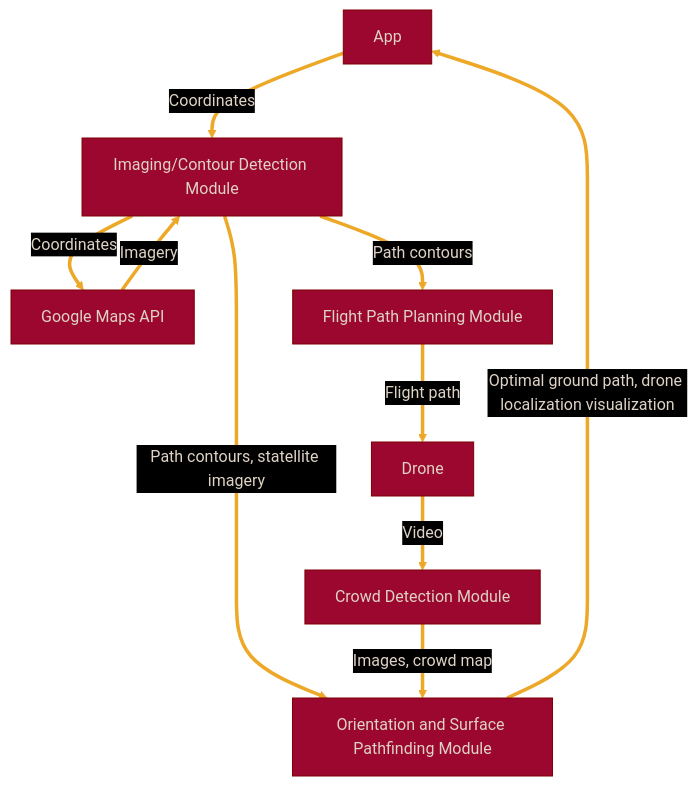
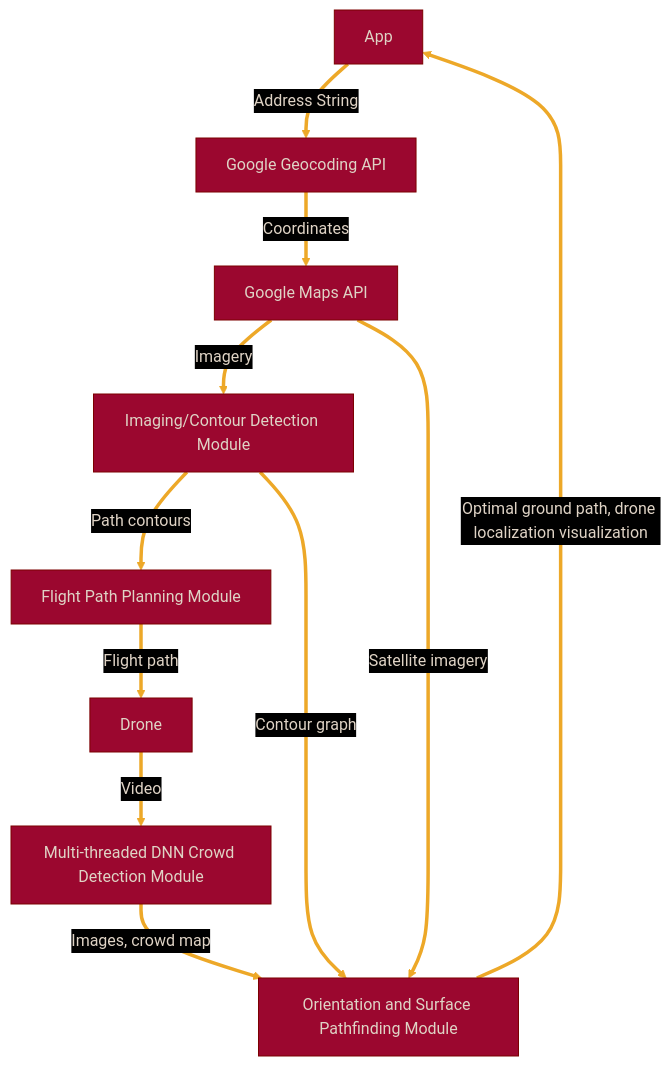
The diagram in README.md (maximuskiii/TartanHacks2024), drawn with Mermaid before and after one commit.

````diff
--- a/README.md
+++ b/README.md
@@ -5,26 +5,27 @@
 ```mermaid
 %%{
     init: {
         'theme': 'base',
         'themeVariables': {
             'primaryColor': '#9b072f',
             'primaryTextColor': '#dfd3c5',
             'primaryBorderColor': '#7C0000',
             'lineColor': '#eda828',
             'secondaryColor': '#000',
             'secondaryBorderColor': '#000',
             'tertiaryColor': '#000'
         }
     }
 }%%
 flowchart TB
-    A[App] ==>|Coordinates| B[Imaging/Contour Detection Module];
-    B ==>|Coordinates| C[Google Maps API];
-    C ==>|Imagery| B
-    B ==>|Path contours| D[Flight Path Planning Module]
-    B ==>|Path contours, statellite imagery| E[Orientation and Surface Pathfinding Module]
+    A[App] ==>|Address String| B[Google Geocoding API]
+    B ==>|Coordinates| C[Google Maps API]
+    C ==>|Imagery| H[Imaging/Contour Detection Module]
+    H ==>|Path contours| D[Flight Path Planning Module]
+    H ==>|Contour graph| E
+    C ==>|Satellite imagery| E[Orientation and Surface Pathfinding Module]
     D ==>|Flight path| F[Drone]
-    F ==>|Video| G[Crowd Detection Module]
+    F ==>|Video| G[Multi-threaded DNN Crowd Detection Module]
     G ==>|Images, crowd map| E
     E ==>|Optimal ground path, drone localization visualization| A
 ```
````
